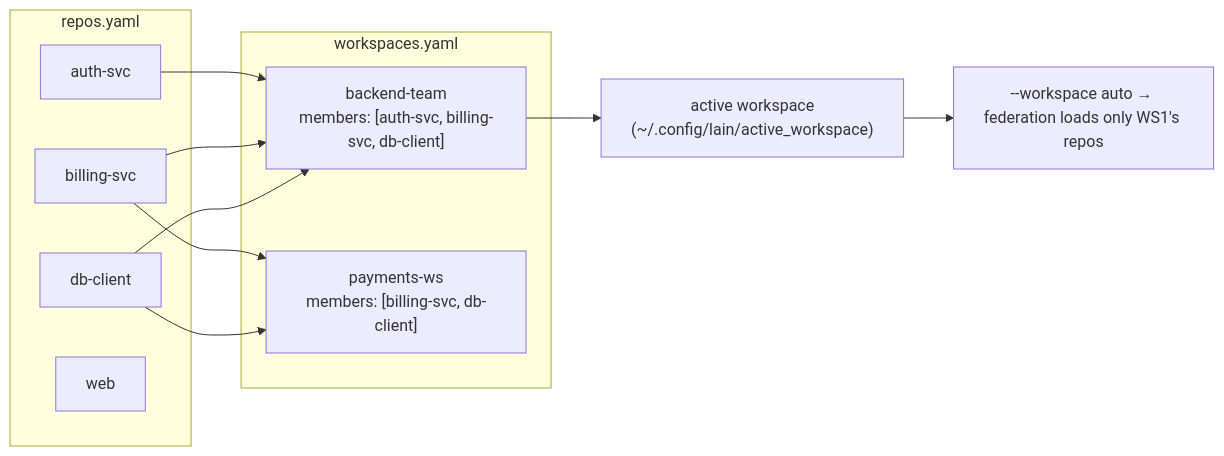
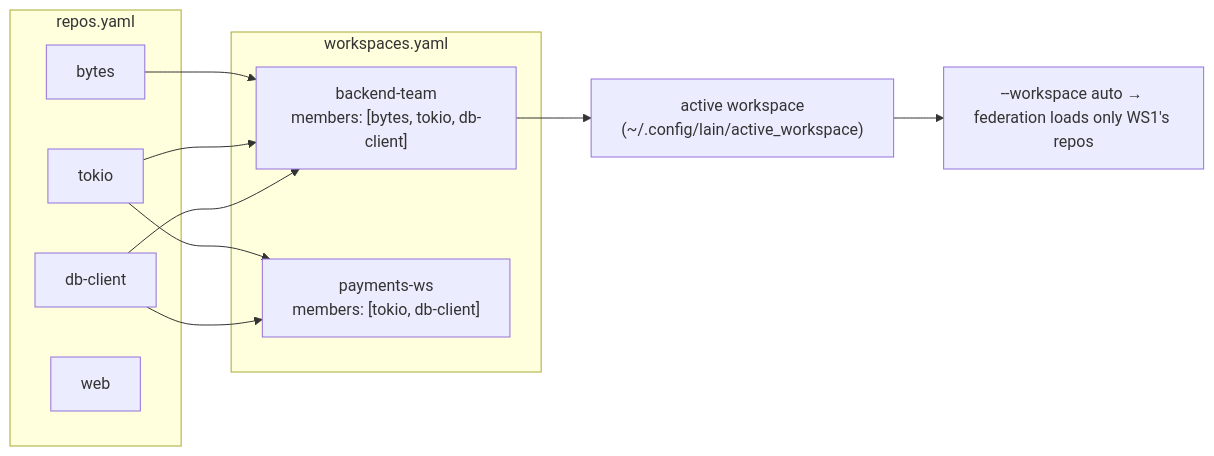
One commit to spuentesp/lain changed the fifth of 5 diagrams in docs/FEDERATION.md. Above: the diagram before and after it, drawn with Mermaid. The commit also changed other lines of this file, not shown here.

Commit message:
docs(federation): align teaching example with bytes+tokio hero

````diff
--- a/docs/FEDERATION.md
+++ b/docs/FEDERATION.md
@@ -622,23 +622,23 @@
 ```mermaid
 flowchart LR
     subgraph Y["repos.yaml"]
-        R1[auth-svc]
-        R2[billing-svc]
+        R1[bytes]
+        R2[tokio]
         R3[db-client]
         R4[web]
     end
 
     subgraph W["workspaces.yaml"]
-        WS1["backend-team<br/>members: [auth-svc, billing-svc, db-client]"]
-        WS2["payments-ws<br/>members: [billing-svc, db-client]"]
+        WS1["backend-team<br/>members: [bytes, tokio, db-client]"]
+        WS2["payments-ws<br/>members: [tokio, db-client]"]
     end
 
     R1 --> WS1
     R2 --> WS1
     R2 --> WS2
     R3 --> WS1
     R3 --> WS2
 
     WS1 --> ACT["active workspace<br/>(~/.config/lain/active_workspace)"]
     ACT --> SRV["--workspace auto → federation loads only WS1's repos"]
 ```
````
